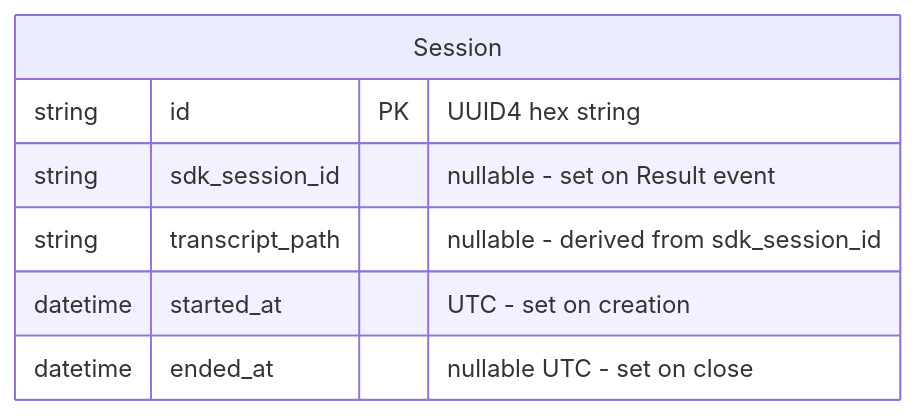
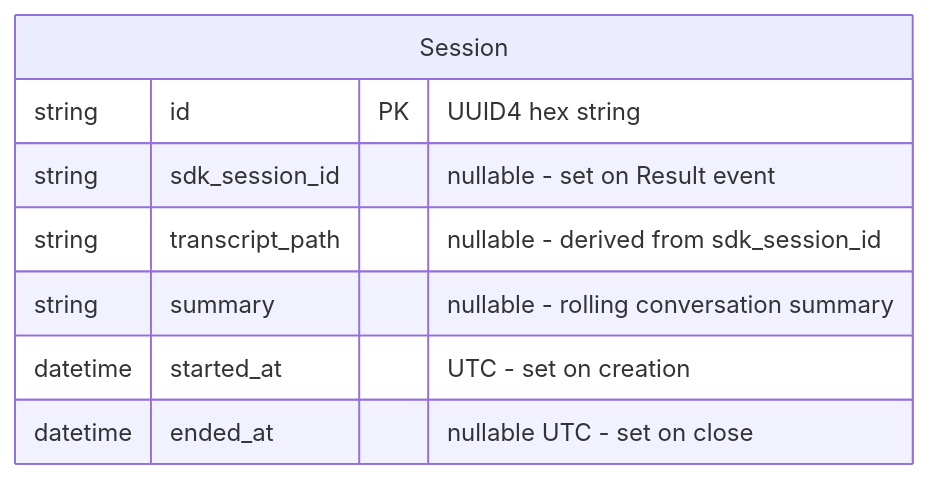
One commit to asermax/tachikoma changed the second of 2 diagrams in docs/feature-designs/agent/sessions.md. Above: the diagram before and after it, drawn with Mermaid. The commit also changed other lines of this file and 13 other files, not shown here.

````diff
--- a/docs/feature-designs/agent/sessions.md
+++ b/docs/feature-designs/agent/sessions.md
@@ -142,10 +142,11 @@
 ```mermaid
 erDiagram
     Session {
         string id PK "UUID4 hex string"
         string sdk_session_id "nullable - set on Result event"
         string transcript_path "nullable - derived from sdk_session_id"
+        string summary "nullable - rolling conversation summary"
         datetime started_at "UTC - set on creation"
         datetime ended_at "nullable UTC - set on close"
     }
 ```
````
